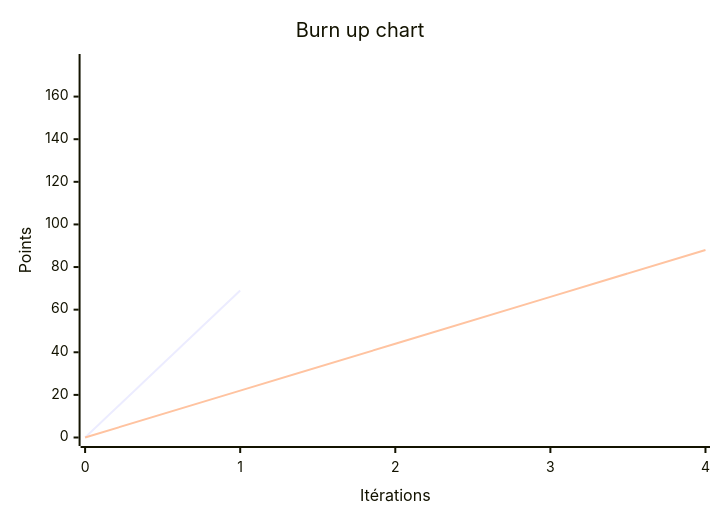
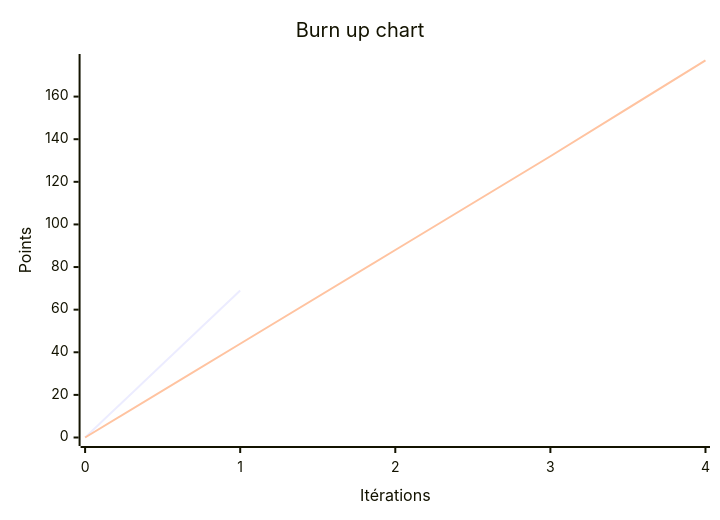
One commit to tlevrard7/PLD-Agile changed the diagram in burnup.mermaid. Above: the diagram before and after it, drawn with Mermaid.

```diff
--- a/burnup.mermaid
+++ b/burnup.mermaid
@@ -1,7 +1,7 @@
 xychart-beta
     title "Burn up chart"
     x-axis "Itérations" [0, 1, 2, 3, 4]
     y-axis "Points" 0 --> 176
     line "Goal" [0, 69]
     line "Real" [0]
-    line "Theory" [0, 22, 44, 66, 88, 110, 132, 154, 177]
+    line "Theory" [0, 44, 88, 132, 177]
```
